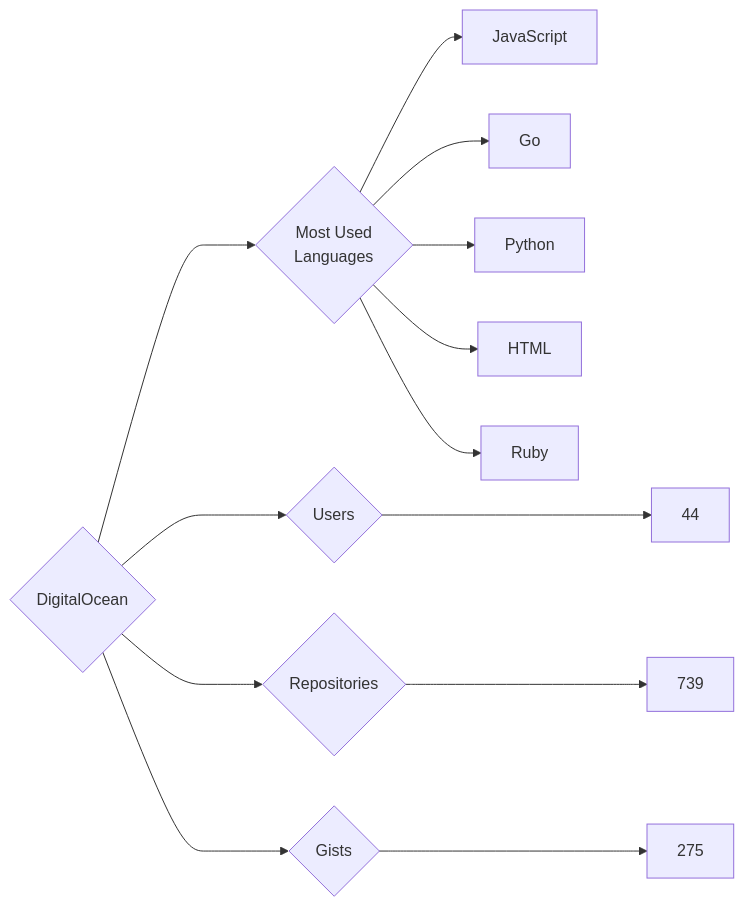
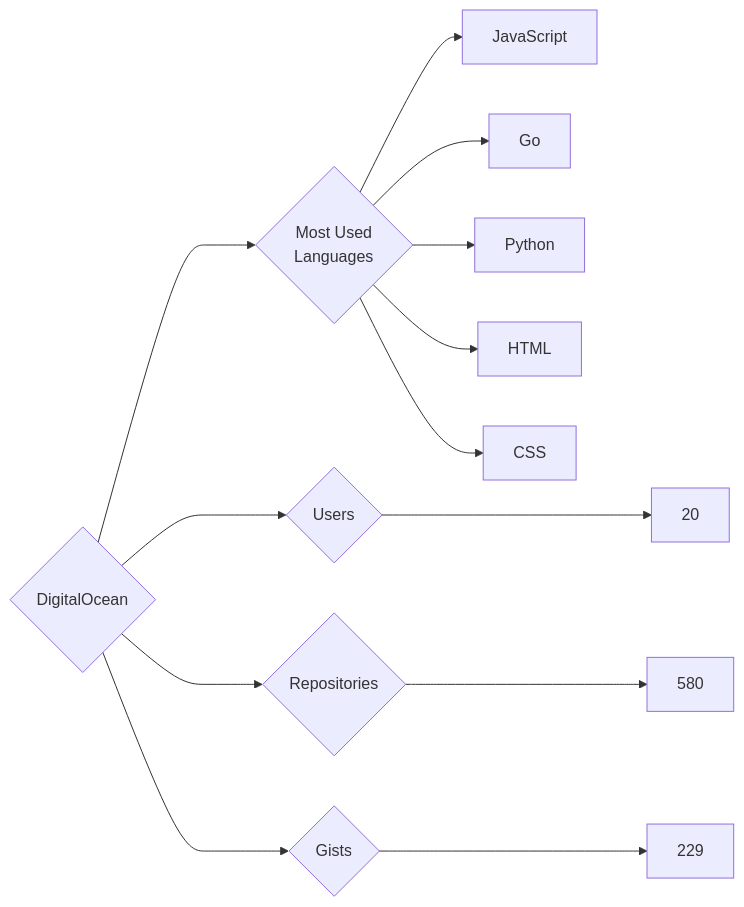
The diagram in targets/DigitalOcean/README.md (trickest/insiders), drawn with Mermaid before and after one commit. The commit also changed 934 other files, not shown here.

````diff
--- a/targets/DigitalOcean/README.md
+++ b/targets/DigitalOcean/README.md
@@ -3,13 +3,13 @@
 ```mermaid
 graph LR
 COMPANY_NAME{DigitalOcean}
-COMPANY_NAME ---> U{Users} ---> UN[44]
-COMPANY_NAME ---> R{Repositories} ---> RN[739]
-COMPANY_NAME ---> G{Gists} ---> GN[275]
+COMPANY_NAME ---> U{Users} ---> UN[20]
+COMPANY_NAME ---> R{Repositories} ---> RN[580]
+COMPANY_NAME ---> G{Gists} ---> GN[229]
 COMPANY_NAME ---> ML{Most Used<br>Languages}
 ML --> JavaScript[JavaScript]
 ML --> Go[Go]
 ML --> Python[Python]
 ML --> HTML[HTML]
-ML --> Ruby[Ruby]
+ML --> CSS[CSS]
 ```
````
